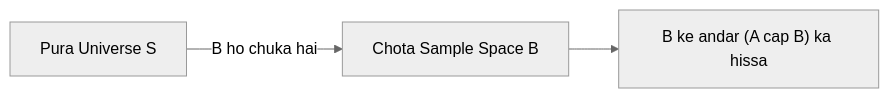
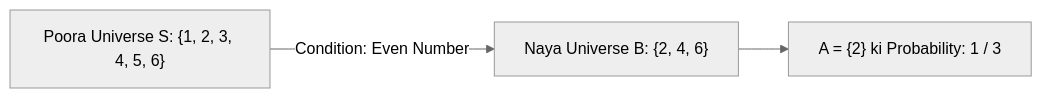
Before and after one commit to S1h2i3v4a/AI_ML: the diagram in lecture_20/Notes_20.10/README_HINGLISH.md, drawn with Mermaid (neutral theme). The commit also changed other lines of this file and 203 other files, not shown here.

Commit message:
docs(lectures 19-21): align notes with video lectures, add blackboard diagrams, clean structured functions, and compile vector PDFs

````diff
--- a/lecture_20/Notes_20.10/README_HINGLISH.md
+++ b/lecture_20/Notes_20.10/README_HINGLISH.md
@@ -14,5 +46,5 @@
 ```mermaid
 flowchart LR
-    S["Pura Universe S"] -->|B ho chuka hai| B["Chota Sample Space B"]
-    B --> A_given_B["B ke andar (A cap B) ka hissa"]
+    A["Poora Universe S: {1, 2, 3, 4, 5, 6}"] -->|Condition: Even Number| B["Naya Universe B: {2, 4, 6}"]
+    B --> C["A = {2} ki Probability: 1 / 3"]
 ```
````
